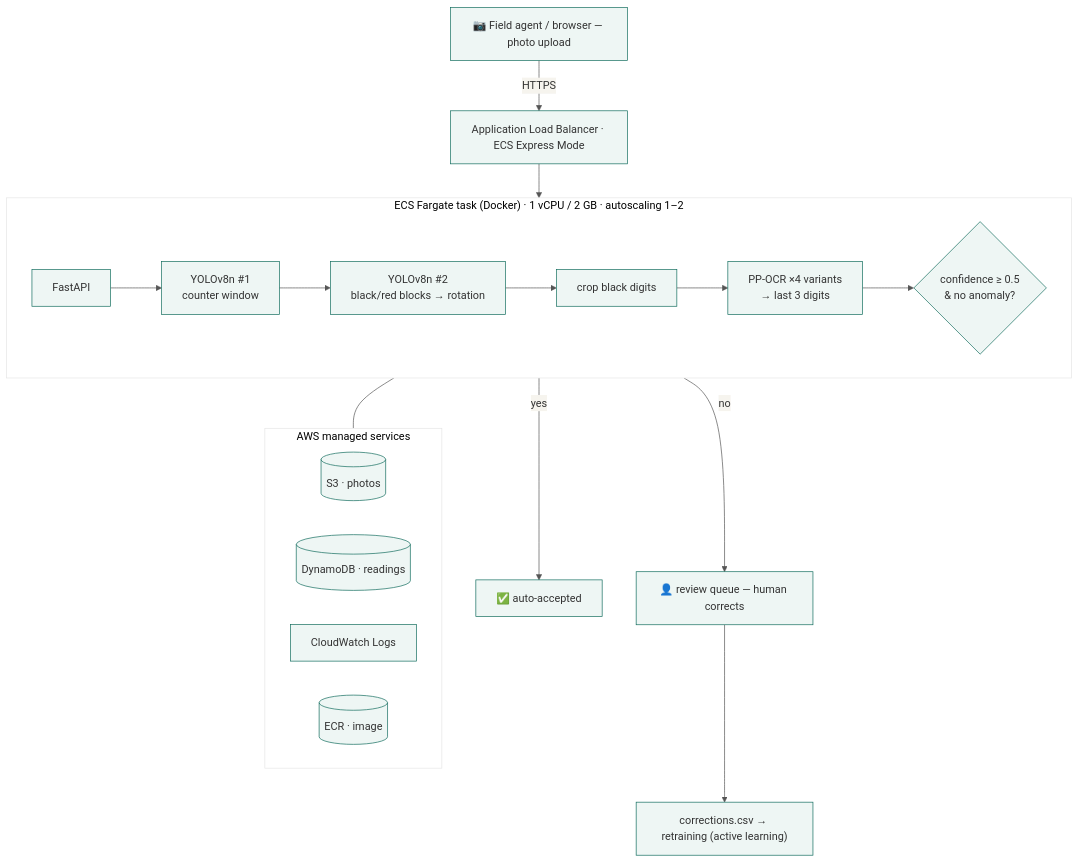
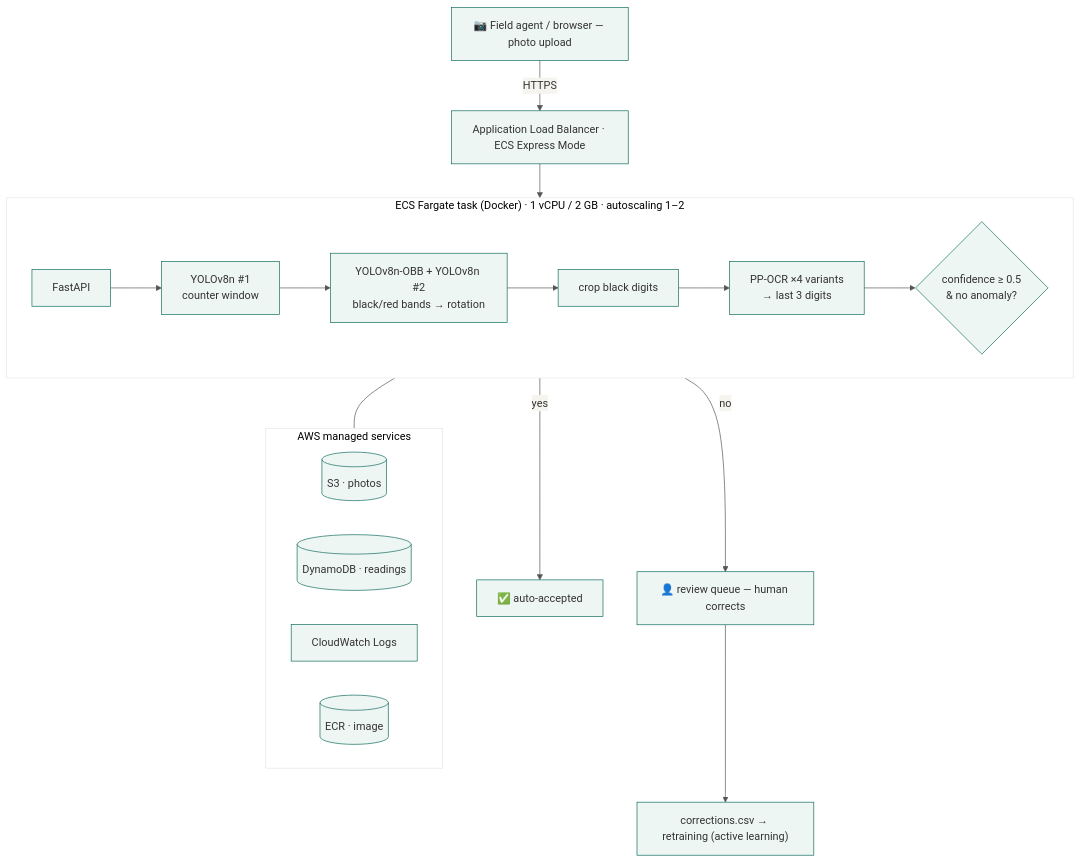
Before and after one commit to SimonB51/ai-meter-reading: the diagram in docs/architecture.mmd, drawn with Mermaid. The commit also changed 19 other files, not shown here.

First line of the commit message:
Oriented-box (OBB) detector trained on 164 annotated crops; hybrid crop selection

```diff
--- a/docs/architecture.mmd
+++ b/docs/architecture.mmd
@@ -1,18 +1,18 @@
 %%{init: {"theme":"base","themeVariables":{"primaryColor":"#eef6f4","primaryBorderColor":"#0f6b5c","lineColor":"#555","fontFamily":"Helvetica"}}}%%
 flowchart TB
   U["📷 Field agent / browser — photo upload"] -->|HTTPS| ALB["Application Load Balancer · ECS Express Mode"]
   ALB --> API
   subgraph ECS["ECS Fargate task (Docker) · 1 vCPU / 2 GB · autoscaling 1–2"]
     direction LR
-    API["FastAPI"] --> P1["YOLOv8n #1<br/>counter window"] --> P2["YOLOv8n #2<br/>black/red blocks → rotation"] --> P3["crop black digits"] --> P4["PP-OCR ×4 variants<br/>→ last 3 digits"] --> C{"confidence ≥ 0.5<br/>& no anomaly?"}
+    API["FastAPI"] --> P1["YOLOv8n #1<br/>counter window"] --> P2["YOLOv8n-OBB + YOLOv8n #2<br/>black/red bands → rotation"] --> P3["crop black digits"] --> P4["PP-OCR ×4 variants<br/>→ last 3 digits"] --> C{"confidence ≥ 0.5<br/>& no anomaly?"}
   end
   C -->|yes| AUTO["✅ auto-accepted"]
   C -->|no| REV["👤 review queue — human corrects"] --> RT["corrections.csv → retraining (active learning)"]
   subgraph AWS["AWS managed services"]
     direction LR
     S3[("S3 · photos")]
     DDB[("DynamoDB · readings")]
     CW["CloudWatch Logs"]
     ECR[("ECR · image")]
   end
   ECS --- AWS
```
